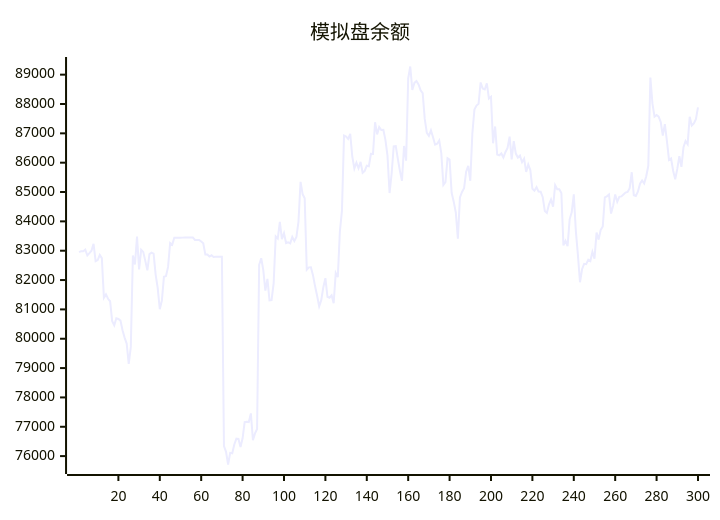
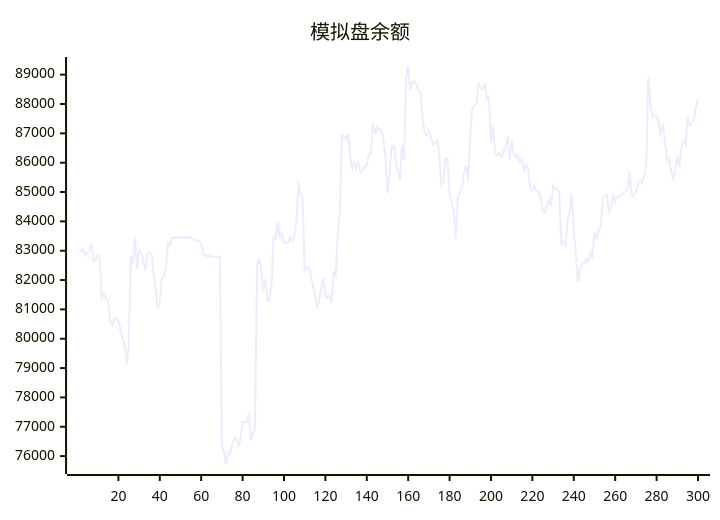
The diagram in README.md (aahl/ai-trading), drawn with Mermaid before and after one commit. The commit also changed other lines of this file and 1 other file, not shown here.

````diff
--- a/README.md
+++ b/README.md
@@ -5,5 +5,5 @@
 ```mermaid
 xychart
     title "模拟盘余额"
-    line [82951,82983,82984,83038,82838,82915,82998,83235,82642,82682,82858,82746,81396,81512,81362,81277,80600,80461,80699,80673,80616,80288,80038,79836,79142,79722,82837,82533,83480,82366,83032,82960,82654,82330,82883,82934,82901,82188,81728,81005,81298,82110,82135,82449,83264,83203,83440,83439,83440,83440,83446,83447,83448,83447,83448,83449,83369,83369,83369,83313,83256,82872,82873,82801,82844,82785,82791,82791,82793,82794,76339,76145,75714,76110,76096,76397,76594,76585,76310,76607,77160,77170,77160,77456,76541,76774,76927,82520,82744,82337,81639,82040,81307,81314,81887,83490,83414,83984,83396,83594,83261,83287,83253,83470,83327,83465,83987,85348,84930,84786,82355,82433,82438,82167,81795,81466,81105,81315,81756,82064,81426,81398,81481,81210,82242,82099,83658,84359,86925,86892,86814,86980,86203,85802,86003,85811,86028,85657,85721,85896,85880,86300,86299,87378,86965,87214,87115,87118,86780,86238,84966,85623,86555,86562,86129,85722,85387,86569,86070,88870,89278,88477,88720,88781,88668,88467,88372,87493,87018,86917,87102,86870,86613,86644,86758,86317,85242,85334,86149,86106,84968,84671,84302,83410,84816,85001,85127,85693,85891,85384,87001,87811,87945,88007,88734,88528,88495,88705,88189,88248,86662,87234,86279,86251,86314,86177,86364,86503,86886,86114,86731,86310,86176,86240,86017,86136,85685,85938,85749,85111,85044,85164,85016,85008,84824,84354,84287,84572,84745,84500,85234,85096,85095,84970,83180,83338,83157,84070,84309,84922,83667,82850,81924,82369,82552,82539,82695,82648,82962,82728,83619,83378,83710,83825,84819,84854,84917,84265,84527,84919,84668,84834,84850,84916,84981,85004,85131,85674,84891,84864,85019,85284,85393,85294,85538,85894,88904,88012,87567,87625,87568,87386,86920,87313,86737,86094,86143,85725,85437,85787,86219,85859,86526,86740,86630,87563,87264,87335,87483,87886]
+    line [82983,82984,83038,82838,82915,82998,83235,82642,82682,82858,82746,81396,81512,81362,81277,80600,80461,80699,80673,80616,80288,80038,79836,79142,79722,82837,82533,83480,82366,83032,82960,82654,82330,82883,82934,82901,82188,81728,81005,81298,82110,82135,82449,83264,83203,83440,83439,83440,83440,83446,83447,83448,83447,83448,83449,83369,83369,83369,83313,83256,82872,82873,82801,82844,82785,82791,82791,82793,82794,76339,76145,75714,76110,76096,76397,76594,76585,76310,76607,77160,77170,77160,77456,76541,76774,76927,82520,82744,82337,81639,82040,81307,81314,81887,83490,83414,83984,83396,83594,83261,83287,83253,83470,83327,83465,83987,85348,84930,84786,82355,82433,82438,82167,81795,81466,81105,81315,81756,82064,81426,81398,81481,81210,82242,82099,83658,84359,86925,86892,86814,86980,86203,85802,86003,85811,86028,85657,85721,85896,85880,86300,86299,87378,86965,87214,87115,87118,86780,86238,84966,85623,86555,86562,86129,85722,85387,86569,86070,88870,89278,88477,88720,88781,88668,88467,88372,87493,87018,86917,87102,86870,86613,86644,86758,86317,85242,85334,86149,86106,84968,84671,84302,83410,84816,85001,85127,85693,85891,85384,87001,87811,87945,88007,88734,88528,88495,88705,88189,88248,86662,87234,86279,86251,86314,86177,86364,86503,86886,86114,86731,86310,86176,86240,86017,86136,85685,85938,85749,85111,85044,85164,85016,85008,84824,84354,84287,84572,84745,84500,85234,85096,85095,84970,83180,83338,83157,84070,84309,84922,83667,82850,81924,82369,82552,82539,82695,82648,82962,82728,83619,83378,83710,83825,84819,84854,84917,84265,84527,84919,84668,84834,84850,84916,84981,85004,85131,85674,84891,84864,85019,85284,85393,85294,85538,85894,88904,88012,87567,87625,87568,87386,86920,87313,86737,86094,86143,85725,85437,85787,86219,85859,86526,86740,86630,87563,87264,87335,87483,87886,88180]
 ```
````
